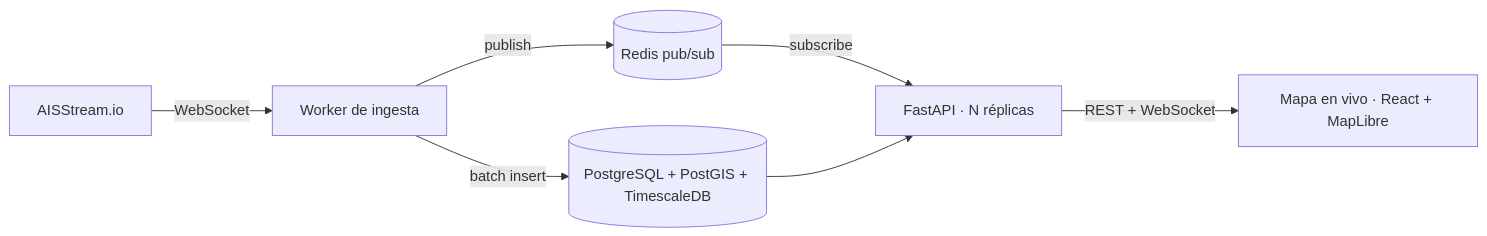
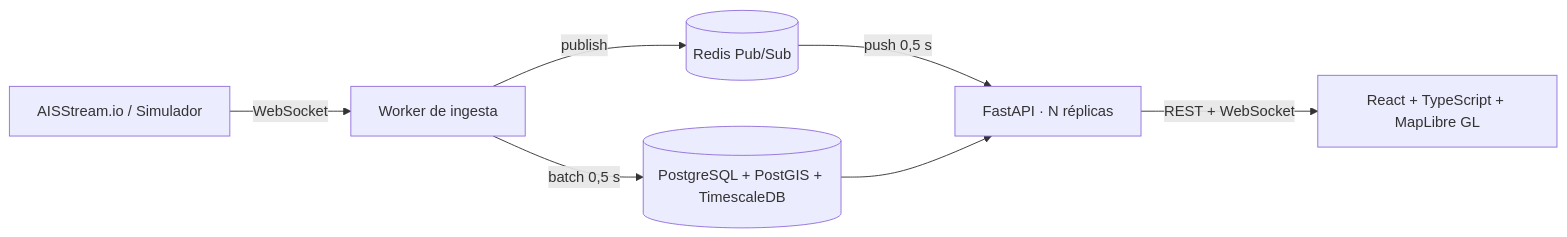
One commit to zSamir015/panama-canal-tracker changed the diagram in README.es.md. Above: the diagram before and after it, drawn with Mermaid. The commit also changed other lines of this file and 67 other files, not shown here.

````diff
--- a/README.es.md
+++ b/README.es.md
@@ -31,9 +72,9 @@
 ```mermaid
 flowchart LR
-    AIS[AISStream.io] -->|WebSocket| W[Worker de ingesta]
-    W -->|batch insert| DB[(PostgreSQL + PostGIS + TimescaleDB)]
-    W -->|publish| R[(Redis pub/sub)]
-    R -->|subscribe| API[FastAPI · N réplicas]
+    AIS["AISStream.io / Simulador"] -->|WebSocket| W["Worker de ingesta"]
+    W -->|"batch 0,5 s"| DB[("PostgreSQL + PostGIS + TimescaleDB")]
+    W -->|"publish"| R[("Redis Pub/Sub")]
+    R -->|"push 0,5 s"| API["FastAPI · N réplicas"]
     DB --> API
-    API -->|REST + WebSocket| WEB[Mapa en vivo · React + MapLibre]
+    API -->|"REST + WebSocket"| WEB["React + TypeScript + MapLibre GL"]
 ```
````
